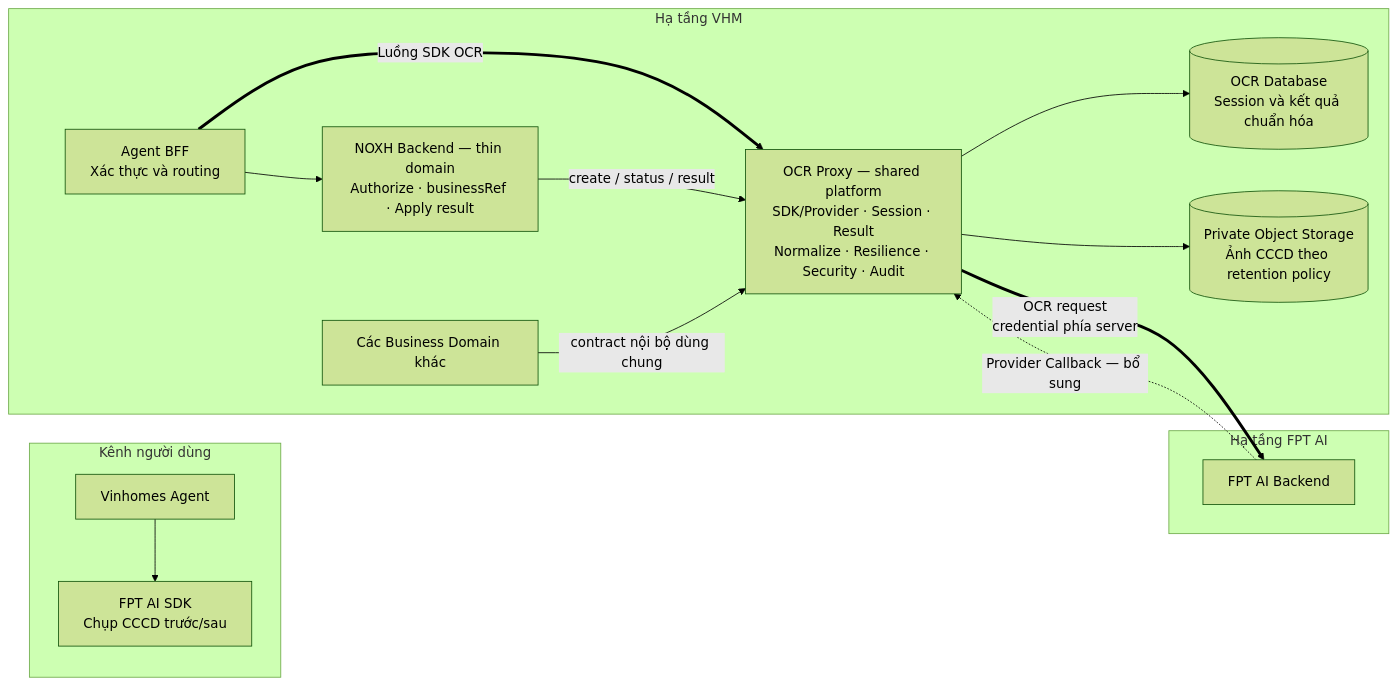
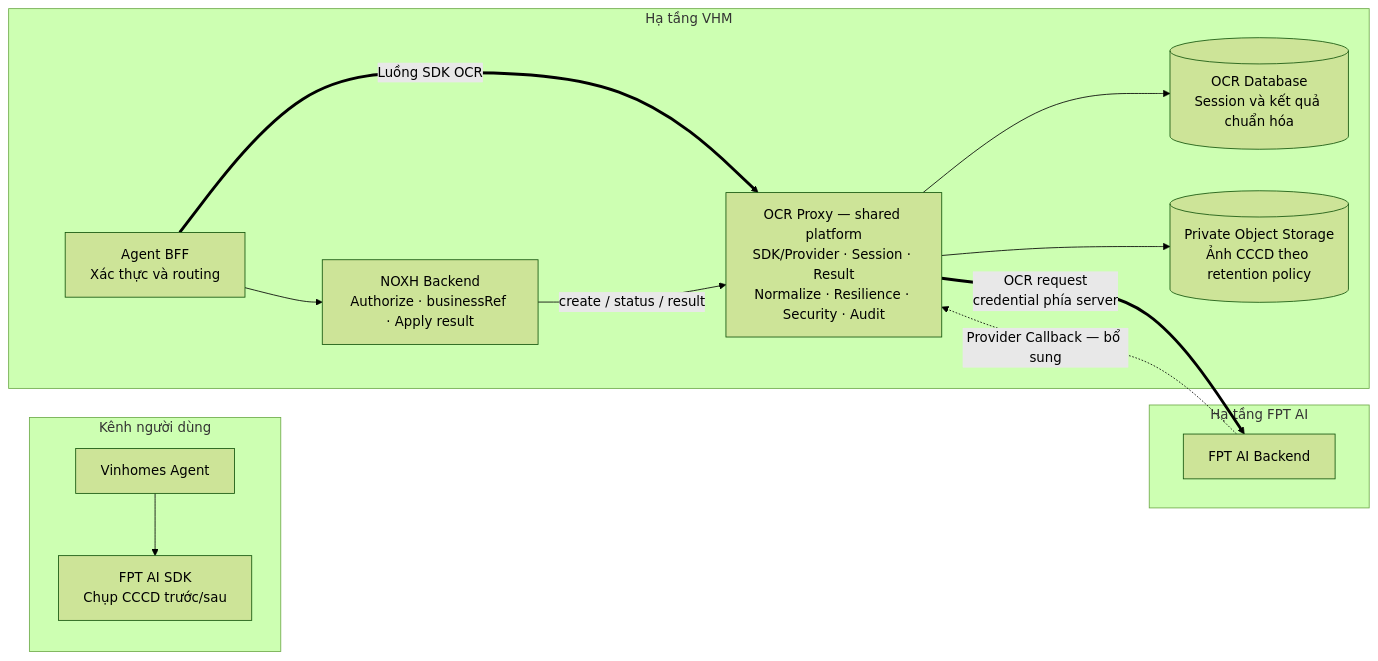
One commit to huynv-xyz/vhm changed the first of 9 diagrams in noxh.md. Above: the diagram before and after it, drawn with Mermaid (forest theme). The commit also changed other lines of this file, not shown here.

````diff
--- a/noxh.md
+++ b/noxh.md
@@ -121,32 +121,30 @@
 ```mermaid
 flowchart LR
     subgraph CLIENT["Kênh người dùng"]
         AGENT["Vinhomes Agent"]
         SDK["FPT AI SDK<br/>Chụp CCCD trước/sau"]
         AGENT --> SDK
     end
 
     subgraph VHM["Hạ tầng VHM"]
         BFF["Agent BFF<br/>Xác thực và routing"]
-        NOXH["NOXH Backend — thin domain<br/>Authorize · businessRef · Apply result"]
-        DOMAINS["Các Business Domain khác"]
+        NOXH["NOXH Backend<br/>Authorize · businessRef · Apply result"]
         PROXY["OCR Proxy — shared platform<br/>SDK/Provider · Session · Result<br/>Normalize · Resilience · Security · Audit"]
         DB[("OCR Database<br/>Session và kết quả chuẩn hóa")]
         MEDIA[("Private Object Storage<br/>Ảnh CCCD theo retention policy")]
 
         BFF --> NOXH
         BFF ==>|"Luồng SDK OCR"| PROXY
         NOXH -->|"create / status / result"| PROXY
-        DOMAINS -->|"contract nội bộ dùng chung"| PROXY
         PROXY --> DB
         PROXY --> MEDIA
     end
 
     subgraph FPT["Hạ tầng FPT AI"]
         PROVIDER["FPT AI Backend"]
     end
 
     PROXY ==>|"OCR request<br/>credential phía server"| PROVIDER
     PROVIDER -.->|"Provider Callback — bổ sung"| PROXY
 
 ```
````
